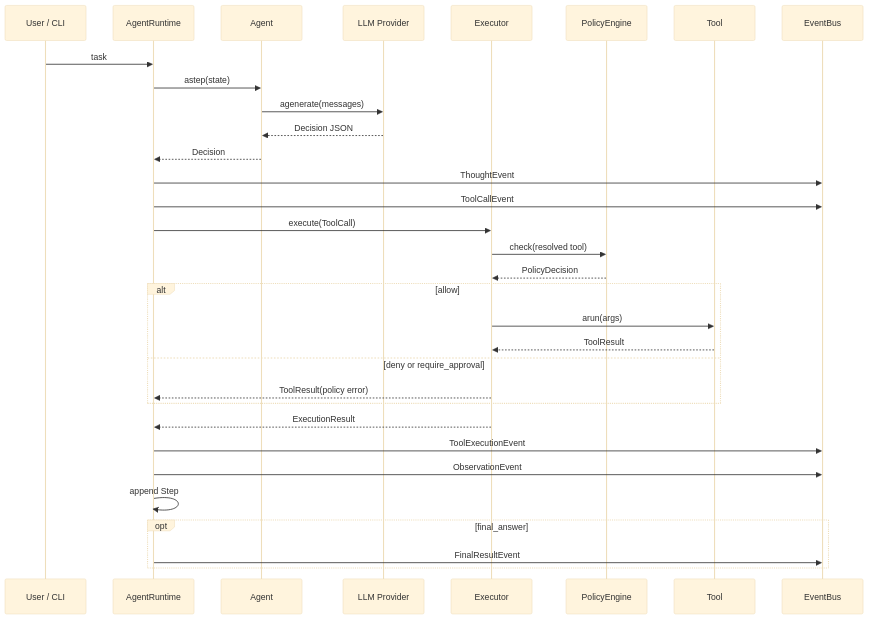
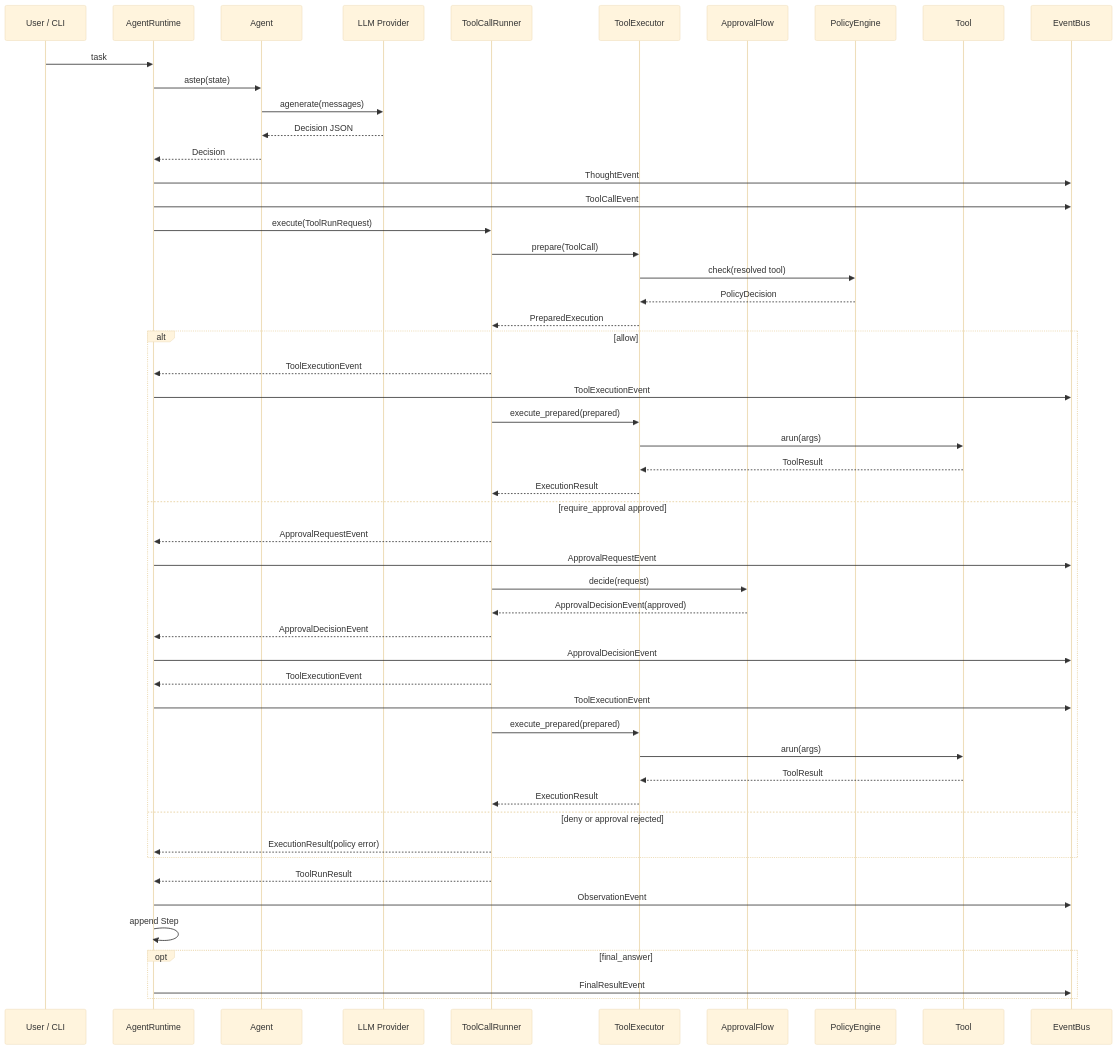
One commit to Dabuliule/codecraft changed the second of 2 diagrams in docs/ARCHITECTURE.md. Above: the diagram before and after it, drawn with Mermaid (base theme). The commit also changed other lines of this file and 18 other files, not shown here.

Commit message:
refactor: decouple tool approval flow

````diff
--- a/docs/ARCHITECTURE.md
+++ b/docs/ARCHITECTURE.md
@@ -45,35 +47,55 @@
 ```mermaid
 sequenceDiagram
     participant U as User / CLI
     participant R as AgentRuntime
     participant A as Agent
     participant L as LLM Provider
-    participant E as Executor
+    participant S as ToolCallRunner
+    participant E as ToolExecutor
+    participant F as ApprovalFlow
     participant P as PolicyEngine
     participant T as Tool
     participant B as EventBus
 
     U->>R: task
     R->>A: astep(state)
     A->>L: agenerate(messages)
     L-->>A: Decision JSON
     A-->>R: Decision
     R->>B: ThoughtEvent
     R->>B: ToolCallEvent
-    R->>E: execute(ToolCall)
+    R->>S: execute(ToolRunRequest)
+    S->>E: prepare(ToolCall)
     E->>P: check(resolved tool)
     P-->>E: PolicyDecision
+    E-->>S: PreparedExecution
     alt allow
+        S-->>R: ToolExecutionEvent
+        R->>B: ToolExecutionEvent
+        S->>E: execute_prepared(prepared)
         E->>T: arun(args)
         T-->>E: ToolResult
-    else deny or require_approval
-        E-->>R: ToolResult(policy error)
+        E-->>S: ExecutionResult
+    else require_approval approved
+        S-->>R: ApprovalRequestEvent
+        R->>B: ApprovalRequestEvent
+        S->>F: decide(request)
+        F-->>S: ApprovalDecisionEvent(approved)
+        S-->>R: ApprovalDecisionEvent
+        R->>B: ApprovalDecisionEvent
+        S-->>R: ToolExecutionEvent
+        R->>B: ToolExecutionEvent
+        S->>E: execute_prepared(prepared)
+        E->>T: arun(args)
+        T-->>E: ToolResult
+        E-->>S: ExecutionResult
+    else deny or approval rejected
+        S-->>R: ExecutionResult(policy error)
     end
-    E-->>R: ExecutionResult
-    R->>B: ToolExecutionEvent
+    S-->>R: ToolRunResult
     R->>B: ObservationEvent
     R->>R: append Step
     opt final_answer
         R->>B: FinalResultEvent
     end
 ```
````
